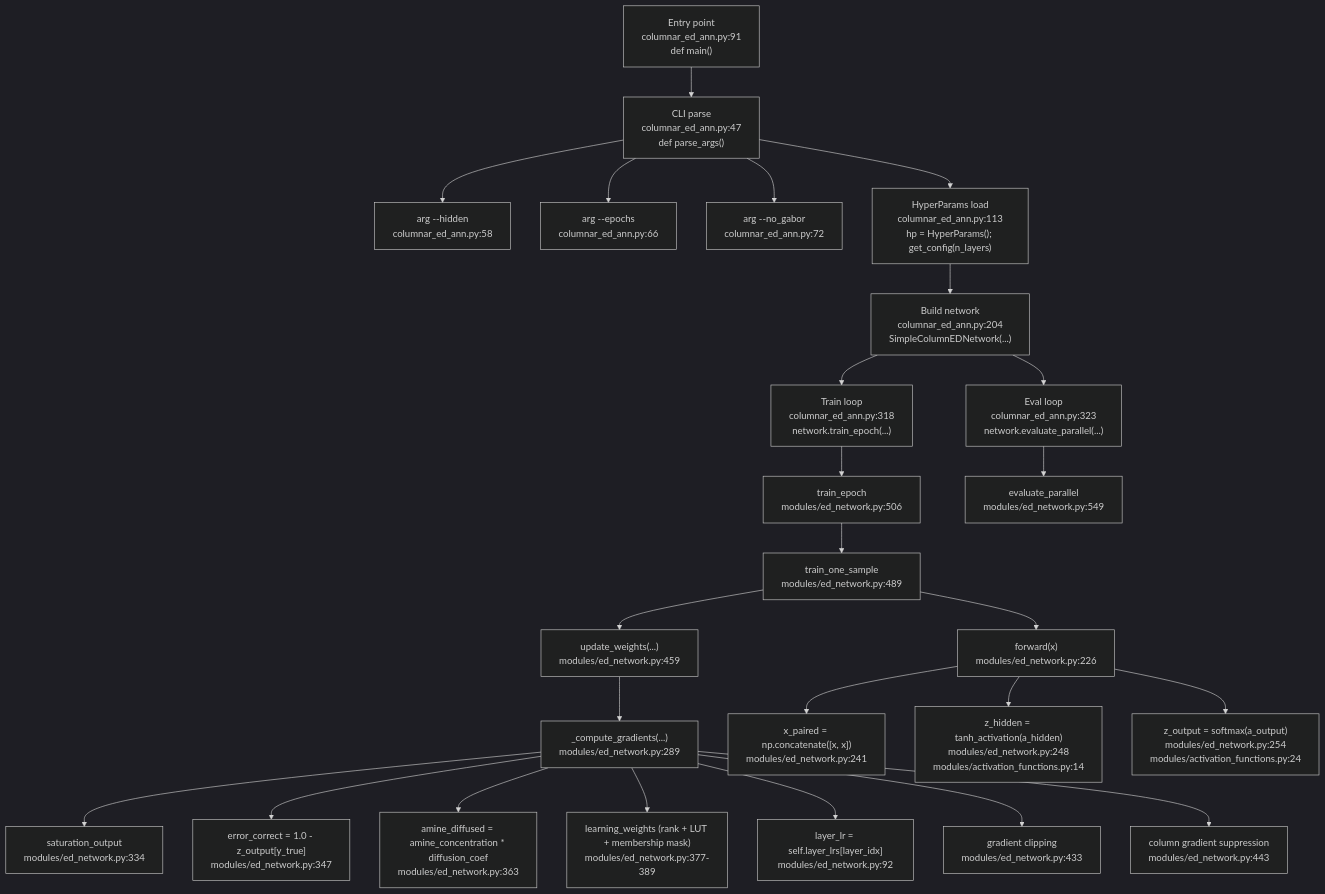
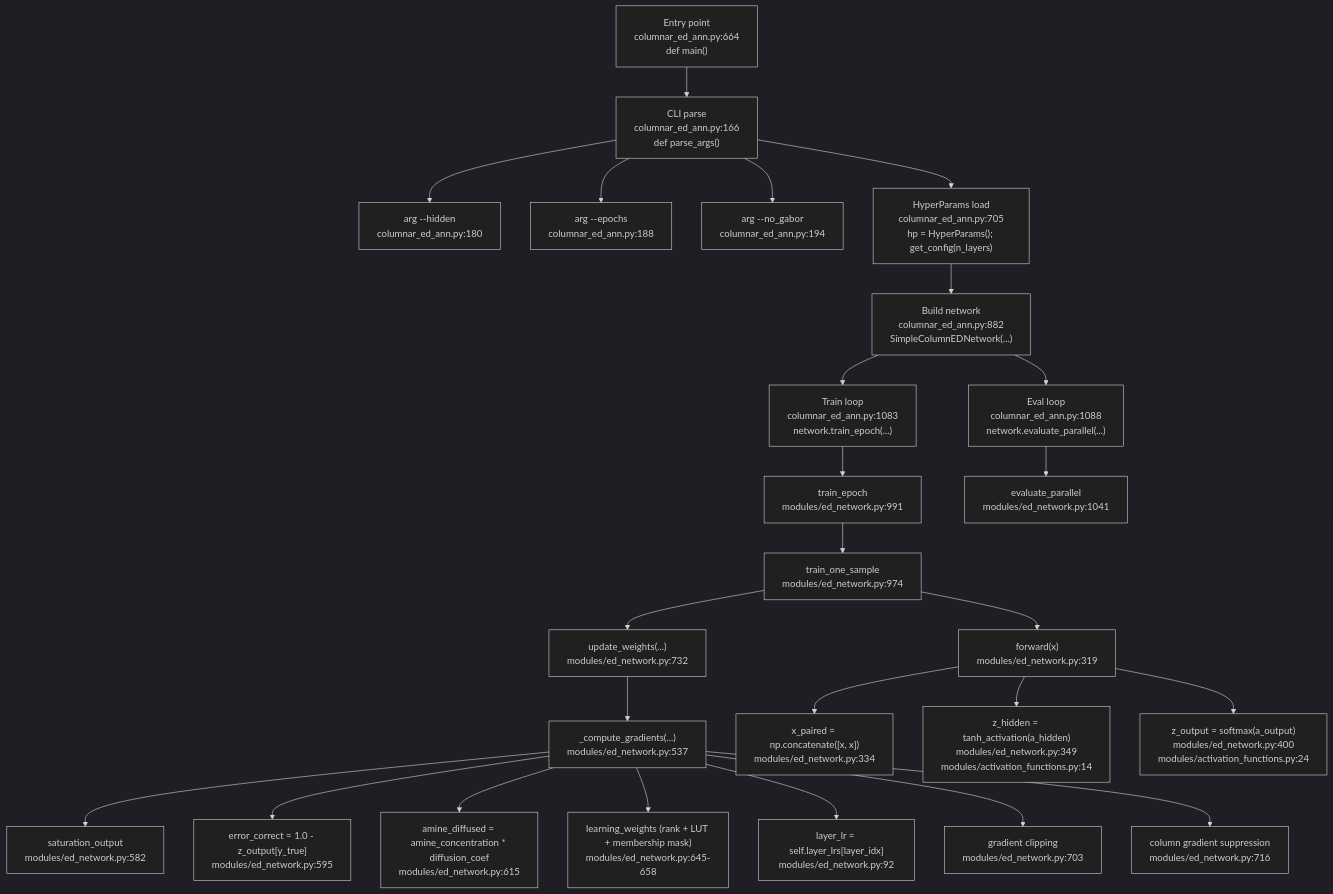
The first of 6 diagrams in docs/ja/ed_learning_mechanism_anchors.md (yoiwa0714/columnar_ed_ann), drawn with Mermaid (dark theme) before and after one commit. The commit also changed other lines of this file and 7 other files, not shown here.

````diff
--- a/docs/ja/ed_learning_mechanism_anchors.md
+++ b/docs/ja/ed_learning_mechanism_anchors.md
@@ -19,34 +17,34 @@
 ```mermaid
 flowchart TD
-    A["Entry point<br/>columnar_ed_ann.py:91<br/>def main()"] --> C["CLI parse<br/>columnar_ed_ann.py:47<br/>def parse_args()"]
+    A["Entry point<br/>columnar_ed_ann.py:664<br/>def main()"] --> C["CLI parse<br/>columnar_ed_ann.py:166<br/>def parse_args()"]
 
-    C --> C1["arg --hidden<br/>columnar_ed_ann.py:58"]
-    C --> C2["arg --epochs<br/>columnar_ed_ann.py:66"]
-    C --> C3["arg --no_gabor<br/>columnar_ed_ann.py:72"]
+    C --> C1["arg --hidden<br/>columnar_ed_ann.py:180"]
+    C --> C2["arg --epochs<br/>columnar_ed_ann.py:188"]
+    C --> C3["arg --no_gabor<br/>columnar_ed_ann.py:194"]
 
-    C --> D["HyperParams load<br/>columnar_ed_ann.py:113<br/>hp = HyperParams(); get_config(n_layers)"]
-    D --> E["Build network<br/>columnar_ed_ann.py:204<br/>SimpleColumnEDNetwork(...)"]
+    C --> D["HyperParams load<br/>columnar_ed_ann.py:705<br/>hp = HyperParams(); get_config(n_layers)"]
+    D --> E["Build network<br/>columnar_ed_ann.py:882<br/>SimpleColumnEDNetwork(...)"]
 
-    E --> F["Train loop<br/>columnar_ed_ann.py:318<br/>network.train_epoch(...)"]
-    E --> G["Eval loop<br/>columnar_ed_ann.py:323<br/>network.evaluate_parallel(...)"]
+    E --> F["Train loop<br/>columnar_ed_ann.py:1083<br/>network.train_epoch(...)"]
+    E --> G["Eval loop<br/>columnar_ed_ann.py:1088<br/>network.evaluate_parallel(...)"]
 
-    F --> H["train_epoch<br/>modules/ed_network.py:506"]
-    H --> I["train_one_sample<br/>modules/ed_network.py:489"]
-    I --> J["forward(x)<br/>modules/ed_network.py:226"]
-    I --> K["update_weights(...)<br/>modules/ed_network.py:459"]
-    K --> L["_compute_gradients(...)<br/>modules/ed_network.py:289"]
+    F --> H["train_epoch<br/>modules/ed_network.py:991"]
+    H --> I["train_one_sample<br/>modules/ed_network.py:974"]
+    I --> J["forward(x)<br/>modules/ed_network.py:319"]
+    I --> K["update_weights(...)<br/>modules/ed_network.py:732"]
+    K --> L["_compute_gradients(...)<br/>modules/ed_network.py:537"]
 
-    J --> J1["x_paired = np.concatenate([x, x])<br/>modules/ed_network.py:241"]
-    J --> J2["z_hidden = tanh_activation(a_hidden)<br/>modules/ed_network.py:248<br/>modules/activation_functions.py:14"]
-    J --> J3["z_output = softmax(a_output)<br/>modules/ed_network.py:254<br/>modules/activation_functions.py:24"]
+    J --> J1["x_paired = np.concatenate([x, x])<br/>modules/ed_network.py:334"]
+    J --> J2["z_hidden = tanh_activation(a_hidden)<br/>modules/ed_network.py:349<br/>modules/activation_functions.py:14"]
+    J --> J3["z_output = softmax(a_output)<br/>modules/ed_network.py:400<br/>modules/activation_functions.py:24"]
 
-    L --> L1["saturation_output<br/>modules/ed_network.py:334"]
-    L --> L2["error_correct = 1.0 - z_output[y_true]<br/>modules/ed_network.py:347"]
-    L --> L3["amine_diffused = amine_concentration * diffusion_coef<br/>modules/ed_network.py:363"]
-    L --> L4["learning_weights (rank + LUT + membership mask)<br/>modules/ed_network.py:377-389"]
+    L --> L1["saturation_output<br/>modules/ed_network.py:582"]
+    L --> L2["error_correct = 1.0 - z_output[y_true]<br/>modules/ed_network.py:595"]
+    L --> L3["amine_diffused = amine_concentration * diffusion_coef<br/>modules/ed_network.py:615"]
+    L --> L4["learning_weights (rank + LUT + membership mask)<br/>modules/ed_network.py:645-658"]
     L --> L5["layer_lr = self.layer_lrs[layer_idx]<br/>modules/ed_network.py:92"]
-    L --> L6["gradient clipping<br/>modules/ed_network.py:433"]
-    L --> L7["column gradient suppression<br/>modules/ed_network.py:443"]
+    L --> L6["gradient clipping<br/>modules/ed_network.py:703"]
+    L --> L7["column gradient suppression<br/>modules/ed_network.py:716"]
 
-    G --> G1["evaluate_parallel<br/>modules/ed_network.py:549"]
+    G --> G1["evaluate_parallel<br/>modules/ed_network.py:1041"]
 ```
````
